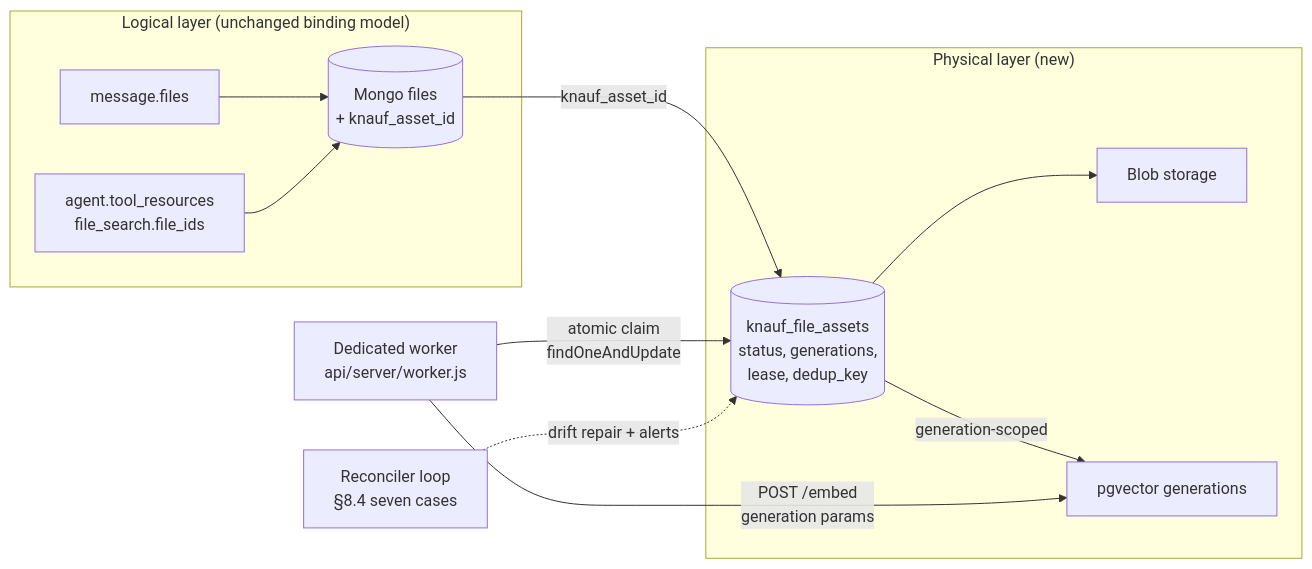
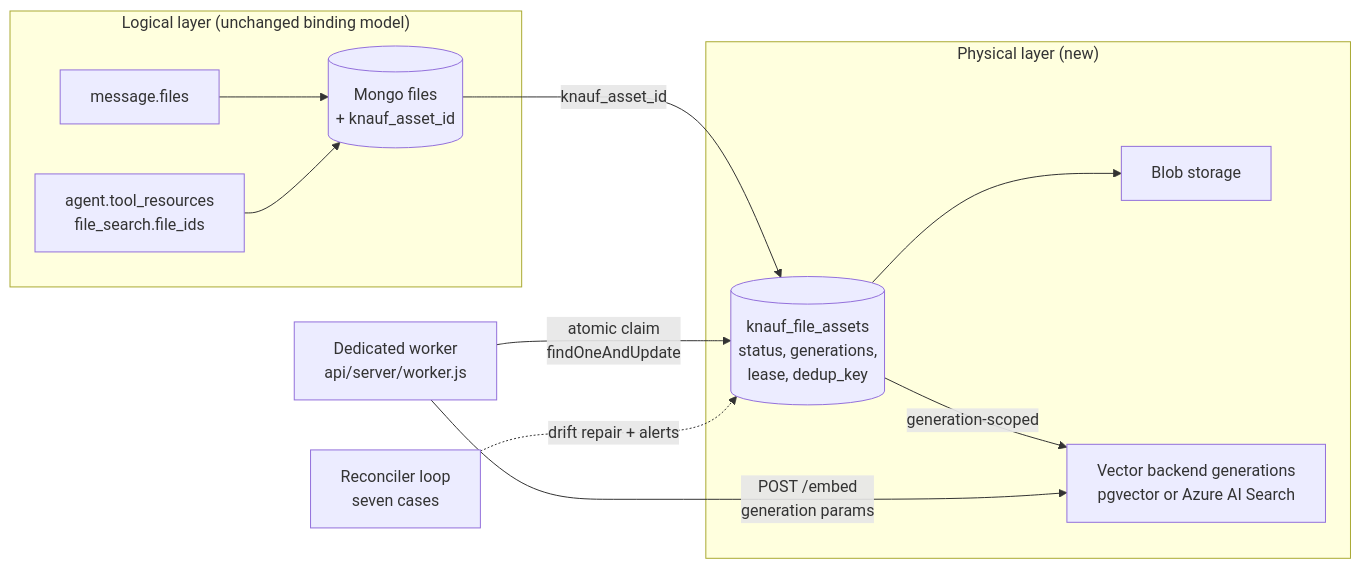
Before and after one commit to Falenos/LibreChat: the second of 4 diagrams in knauf/docs/architecture/files/async-indexing.md, drawn with Mermaid. The commit also changed other lines of this file and 8 other files, not shown here.

````diff
--- a/knauf/docs/architecture/files/async-indexing.md
+++ b/knauf/docs/architecture/files/async-indexing.md
@@ -100,26 +100,26 @@
 ```mermaid
 flowchart LR
     subgraph Logical["Logical layer (unchanged binding model)"]
         Msg[message.files]
         Agent[agent.tool_resources<br/>file_search.file_ids]
         File[(Mongo files<br/>+ knauf_asset_id)]
     end
 
     subgraph Physical["Physical layer (new)"]
         FA[(knauf_file_assets<br/>status, generations,<br/>lease, dedup_key)]
         Blob[Blob storage]
-        Vec[pgvector generations]
+        Vec[Vector backend generations<br/>pgvector or Azure AI Search]
     end
 
     Worker[Dedicated worker<br/>api/server/worker.js]
-    Rec[Reconciler loop<br/>§8.4 seven cases]
+    Rec[Reconciler loop<br/>seven cases]
 
     Msg --> File
     Agent --> File
     File -->|knauf_asset_id| FA
     FA --> Blob
     FA -->|generation-scoped| Vec
     Worker -->|atomic claim<br/>findOneAndUpdate| FA
     Worker -->|POST /embed<br/>generation params| Vec
     Rec -.->|drift repair + alerts| FA
 ```
````
